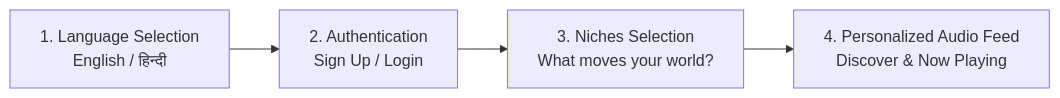
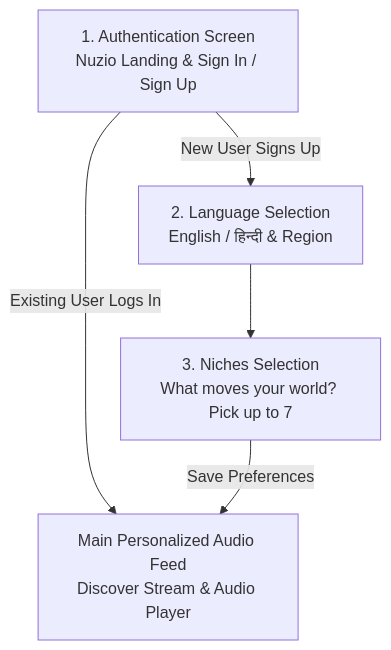
One commit to PraveshAggarwal/Nuzio-Ai changed the diagram in README.md. Above: the diagram before and after it, drawn with Mermaid. The commit also changed other lines of this file and 5 other files, not shown here.

Commit message:
chnage in the flow

````diff
--- a/README.md
+++ b/README.md
@@ -53,6 +53,7 @@
 ```mermaid
-graph LR
-    A[1. Language Selection<br/>English / हिन्दी] --> B[2. Authentication<br/>Sign Up / Login]
-    B --> C[3. Niches Selection<br/>What moves your world?]
-    C --> D[4. Personalized Audio Feed<br/>Discover & Now Playing]
+graph TD
+    A[1. Authentication Screen<br/>Nuzio Landing & Sign In / Sign Up] -->|Existing User Logs In| D[Main Personalized Audio Feed<br/>Discover Stream & Audio Player]
+    A -->|New User Signs Up| B[2. Language Selection<br/>English / हिन्दी & Region]
+    B --> C[3. Niches Selection<br/>What moves your world? Pick up to 7]
+    C -->|Save Preferences| D
 ```
````
